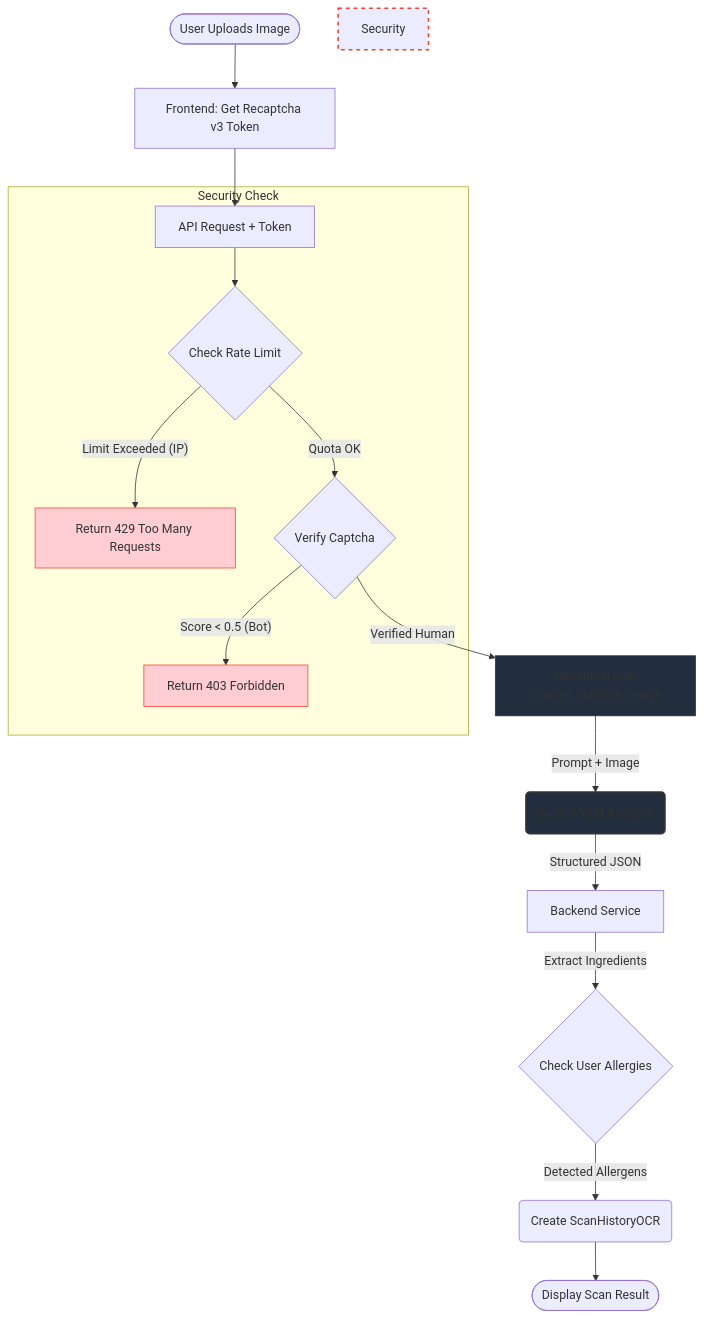
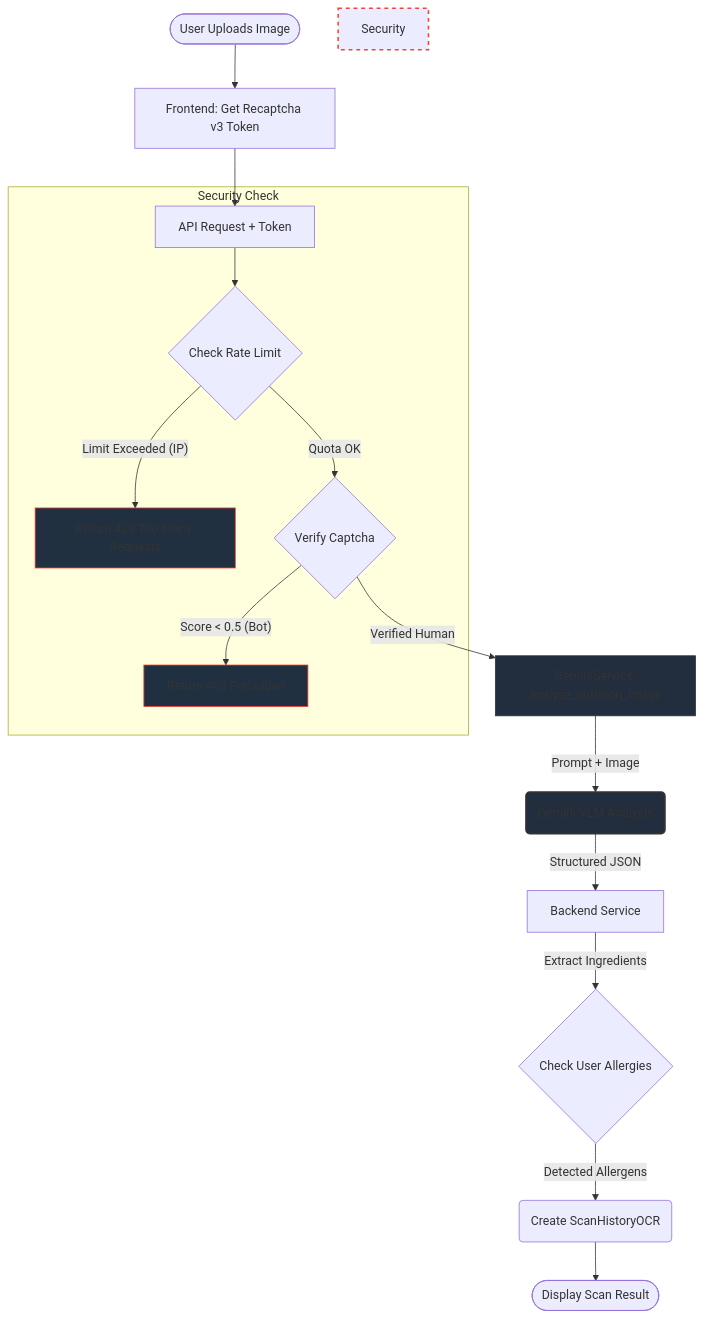
The first of 2 diagrams in README.md (rbwtech/lacak-nutri), drawn with Mermaid before and after one commit.

````diff
--- a/README.md
+++ b/README.md
@@ -105,28 +105,28 @@
 ```mermaid
 graph TD
     User([User Uploads Image]) --> Frontend[Frontend: Get Recaptcha v3 Token]
     Frontend --> API[API Request + Token]
 
     %% Security Layer
     subgraph Security Check
         API --> RL{Check Rate Limit}
         RL -- "Limit Exceeded (IP)" --> Error429[Return 429 Too Many Requests]
         RL -- "Quota OK" --> CV{Verify Captcha}
         CV -- "Score < 0.5 (Bot)" --> Error403[Return 403 Forbidden]
     end
 
     %% Main Logic
     CV -- "Verified Human" --> B["GeminiService analyze_nutrition_image"]
     B -- Prompt + Image --> C(Gemini VLM Analysis)
     C -- Structured JSON --> D[Backend Service]
     D -- Extract Ingredients --> E{Check User Allergies}
     E -- Detected Allergens --> F(Create ScanHistoryOCR)
     F --> G([Display Scan Result])
 
     %% Styling
     style C fill:#222d3d,stroke:#333,stroke-width:2px
     style B fill:#222d3d,stroke:#333,stroke-width:1px
     style Security Check fill:#ffebee,stroke:#f44336,stroke-width:2px,stroke-dasharray: 5 5
-    style Error429 fill:#ffcdd2,stroke:#f44336
-    style Error403 fill:#ffcdd2,stroke:#f44336
+    style Error429 fill:#203040,stroke:#f44336
+    style Error403 fill:#203040,stroke:#f44336
 ```
````
